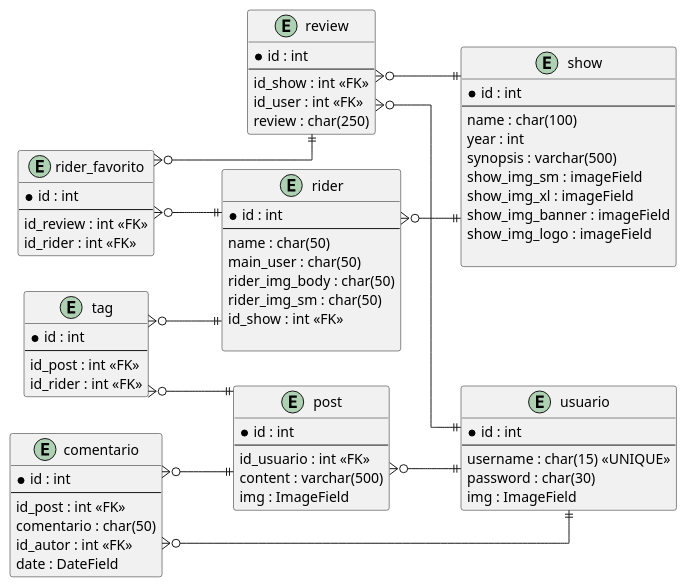
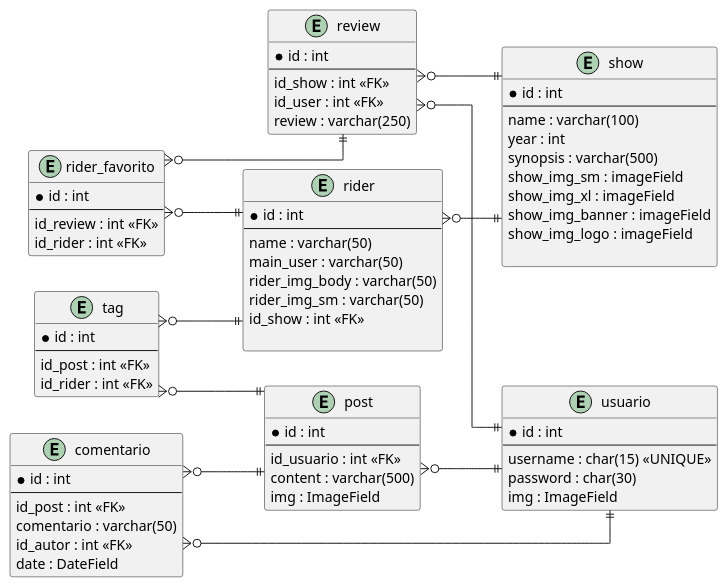
Before and after one commit to santivgo/ridervision: the diagram in rv-api/diagram.puml, drawn with PlantUML. The commit also changed 11 other files, not shown here.

```diff
--- a/rv-api/diagram.puml
+++ b/rv-api/diagram.puml
@@ -1,93 +1,93 @@
 @startuml
 ' Layout horizontal ortogonal
 left to right direction
 skinparam linetype ortho
 
 ' === ENTIDADES CENTRAIS ===
 
 entity rider {
   * id : int
   --
-  name : char(50)
-  main_user : char(50)
-  rider_img_body : char(50)
-  rider_img_sm : char(50)
+  name : varchar(50)
+  main_user : varchar(50)
+  rider_img_body : varchar(50)
+  rider_img_sm : varchar(50)
   id_show : int <<FK>>
 
 }
 
 entity show {
   * id : int
   --
-  name : char(100)
+  name : varchar(100)
   year : int
   synopsis : varchar(500)
   show_img_sm : imageField
   show_img_xl : imageField
   show_img_banner : imageField
   show_img_logo : imageField
 
 }
 
 
 
 ' === USUÁRIO E RELACIONADOS ===
 
 entity usuario {
   * id : int
   --
   username : char(15) <<UNIQUE>>
   password : char(30)
   img : ImageField
 }
 
 entity post {
   * id : int
   --
   id_usuario : int <<FK>>
   content : varchar(500)
   img : ImageField
 }
 
 entity comentario {
   * id : int
   --
   id_post : int <<FK>>
-  comentario : char(50)
+  comentario : varchar(50)
   id_autor : int <<FK>>
   date : DateField
 }
 
 entity rider_favorito {
   * id : int
   --
   id_review : int <<FK>>
   id_rider : int <<FK>>
 }
 
 entity review { 
   * id : int
   --
   id_show : int <<FK>>
   id_user : int <<FK>>
-  review : char(250)
+  review : varchar(250)
 }
 
 entity tag {
   * id : int
   --
   id_post : int <<FK>>
   id_rider : int <<FK>>
 }
 
 tag }o--|| post
 tag }o--|| rider
 rider }o--|| show
 post }o--|| usuario 
 comentario }o--|| post
 comentario }o--|| usuario 
 rider_favorito }o--|| review 
 rider_favorito }o--|| rider 
 review }o--|| usuario 
 review }o--|| show
 @enduml
```
